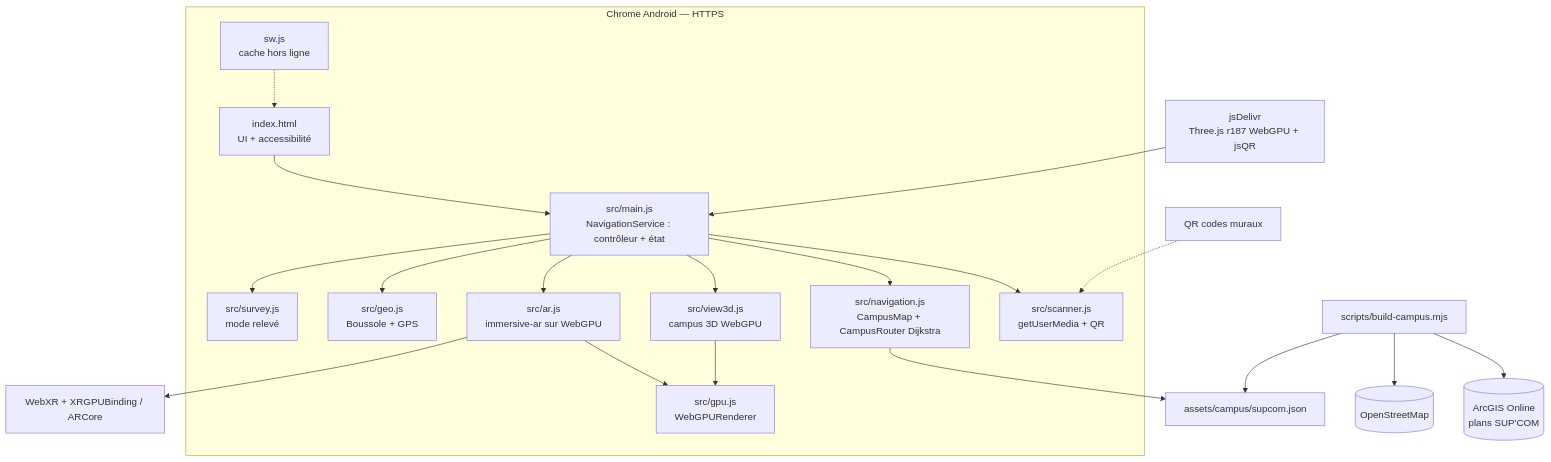
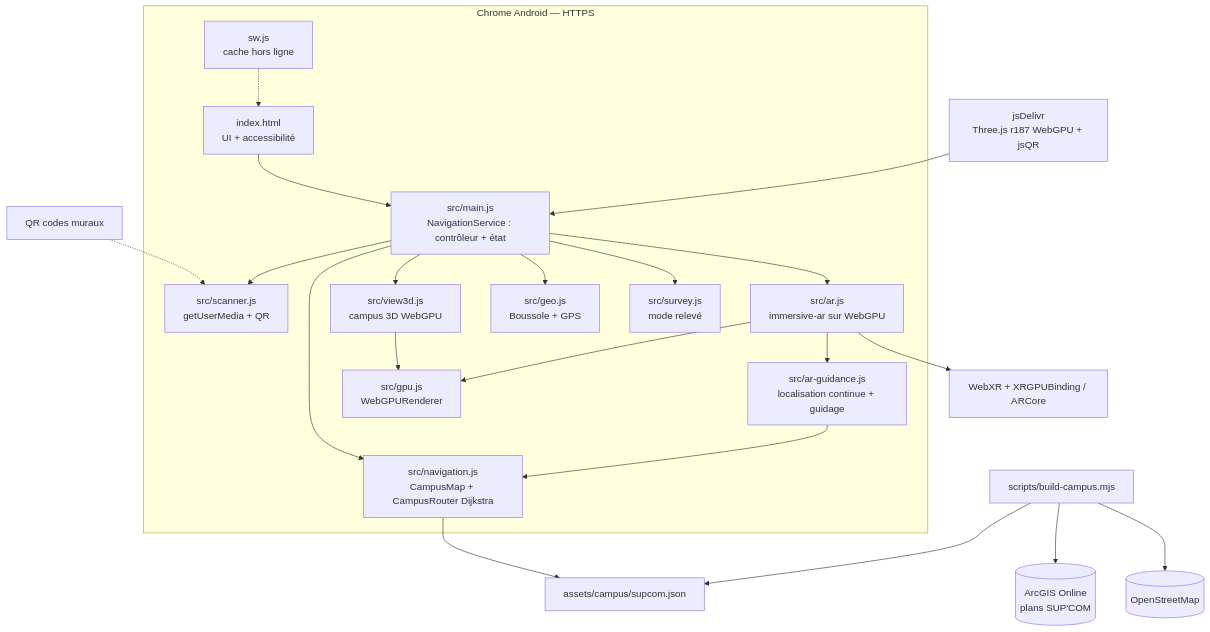
The second of 5 diagrams in docs/design-notebook.md (yessinomhiri-cpu/indoor-wayfinder), drawn with Mermaid before and after one commit. The commit also changed other lines of this file and 12 other files, not shown here.

````diff
--- a/docs/design-notebook.md
+++ b/docs/design-notebook.md
@@ -50,40 +50,43 @@
 ```mermaid
 flowchart TB
     subgraph Browser["Chrome Android — HTTPS"]
         UI[index.html<br/>UI + accessibilité]
         MAIN[src/main.js<br/>NavigationService : contrôleur + état]
         SCAN[src/scanner.js<br/>getUserMedia + QR]
         NAV[src/navigation.js<br/>CampusMap + CampusRouter Dijkstra]
         VIEW[src/view3d.js<br/>campus 3D WebGPU]
         AR[src/ar.js<br/>immersive-ar sur WebGPU]
+        GUIDE[src/ar-guidance.js<br/>localisation continue + guidage]
         GPU[src/gpu.js<br/>WebGPURenderer]
         GEO[src/geo.js<br/>Boussole + GPS]
         SURVEY[src/survey.js<br/>mode relevé]
         SW[sw.js<br/>cache hors ligne]
     end
     CDN[jsDelivr<br/>Three.js r187 WebGPU + jsQR]
     DATA[assets/campus/supcom.json]
     BUILD[scripts/build-campus.mjs]
     ARCGIS[(ArcGIS Online<br/>plans SUP'COM)]
     OSM[(OpenStreetMap)]
     QR[QR codes muraux]
     XR[WebXR + XRGPUBinding / ARCore]
 
     QR -.-> SCAN
     UI --> MAIN
     MAIN --> SCAN
     MAIN --> NAV
     MAIN --> VIEW
     MAIN --> AR
     MAIN --> GEO
     MAIN --> SURVEY
     VIEW --> GPU
     AR --> GPU
     AR --> XR
+    AR --> GUIDE
+    GUIDE --> NAV
     NAV --> DATA
     BUILD --> ARCGIS
     BUILD --> OSM
     BUILD --> DATA
     CDN --> MAIN
     SW -.-> UI
 ```
````
